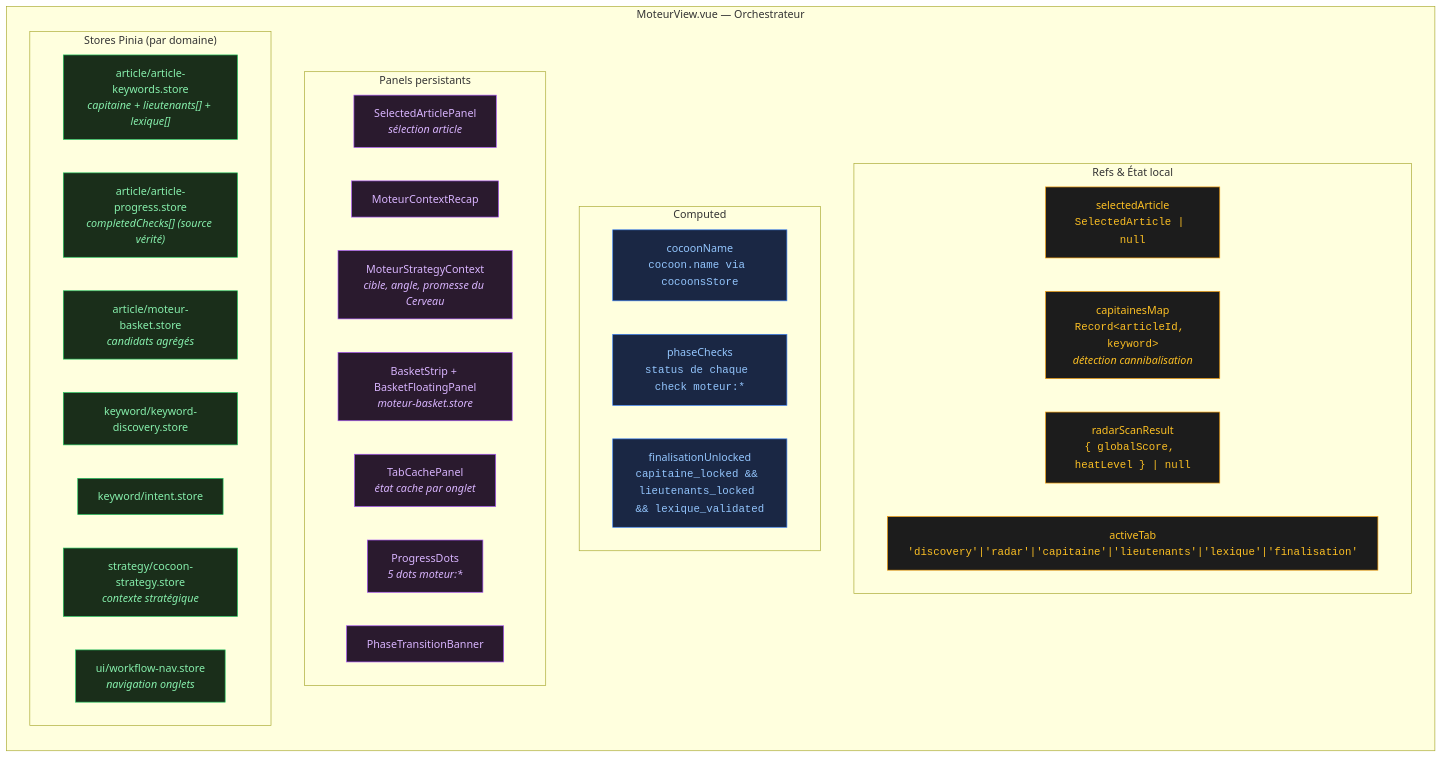
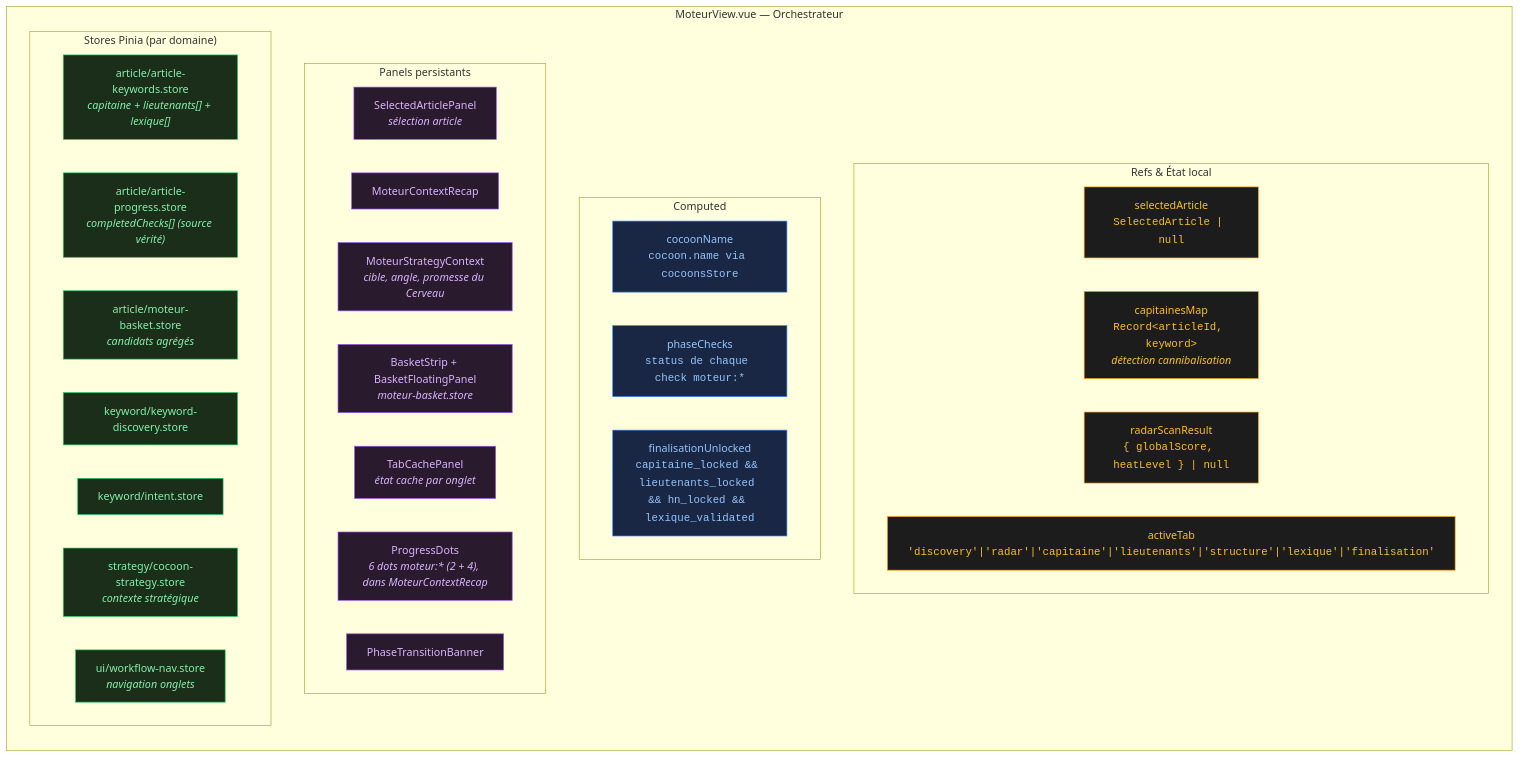
Before and after one commit to annubis-knight/Blog_Redactor_SEO: the second of 15 diagrams in docs/moteur-data-flow.md, drawn with Mermaid. The commit also changed other lines of this file and 11 other files, not shown here.

````diff
--- a/docs/moteur-data-flow.md
+++ b/docs/moteur-data-flow.md
@@ -89,44 +101,44 @@
 ```mermaid
 flowchart TB
   classDef ref fill:#1c1c1c,stroke:#f59e0b,color:#fbbf24
   classDef store fill:#1a2e1a,stroke:#22c55e,color:#86efac
   classDef computed fill:#1a2744,stroke:#3b82f6,color:#93c5fd
   classDef panel fill:#2a1a2e,stroke:#a855f7,color:#d8b4fe
 
   subgraph MOTEUR_VIEW["MoteurView.vue — Orchestrateur"]
     direction TB
 
     subgraph REFS["Refs & État local"]
       R1["selectedArticle<br/><code>SelectedArticle | null</code>"]:::ref
       R2["capitainesMap<br/><code>Record&lt;articleId, keyword&gt;</code><br/><i>détection cannibalisation</i>"]:::ref
       R3["radarScanResult<br/><code>{ globalScore, heatLevel } | null</code>"]:::ref
-      R4["activeTab<br/><code>'discovery'|'radar'|'capitaine'|'lieutenants'|'lexique'|'finalisation'</code>"]:::ref
+      R4["activeTab<br/><code>'discovery'|'radar'|'capitaine'|'lieutenants'|'structure'|'lexique'|'finalisation'</code>"]:::ref
     end
 
     subgraph COMP["Computed"]
       C1["cocoonName<br/><code>cocoon.name via cocoonsStore</code>"]:::computed
       C2["phaseChecks<br/><code>status de chaque check moteur:*</code>"]:::computed
-      C3["finalisationUnlocked<br/><code>capitaine_locked && lieutenants_locked && lexique_validated</code>"]:::computed
+      C3["finalisationUnlocked<br/><code>capitaine_locked && lieutenants_locked && hn_locked && lexique_validated</code>"]:::computed
     end
 
     subgraph PANELS["Panels persistants"]
       P1["SelectedArticlePanel<br/><i>sélection article</i>"]:::panel
       P2["MoteurContextRecap"]:::panel
       P3["MoteurStrategyContext<br/><i>cible, angle, promesse du Cerveau</i>"]:::panel
       P4["BasketStrip + BasketFloatingPanel<br/><i>moteur-basket.store</i>"]:::panel
       P5["TabCachePanel<br/><i>état cache par onglet</i>"]:::panel
-      P6["ProgressDots<br/><i>5 dots moteur:*</i>"]:::panel
+      P6["ProgressDots<br/><i>6 dots moteur:* (2 + 4), dans MoteurContextRecap</i>"]:::panel
       P7["PhaseTransitionBanner"]:::panel
     end
 
     subgraph STORES["Stores Pinia (par domaine)"]
       S1["article/article-keywords.store<br/><i>capitaine + lieutenants[] + lexique[]</i>"]:::store
       S2["article/article-progress.store<br/><i>completedChecks[] (source vérité)</i>"]:::store
       S3["article/moteur-basket.store<br/><i>candidats agrégés</i>"]:::store
       S4["keyword/keyword-discovery.store"]:::store
       S5["keyword/intent.store"]:::store
       S6["strategy/cocoon-strategy.store<br/><i>contexte stratégique</i>"]:::store
       S7["ui/workflow-nav.store<br/><i>navigation onglets</i>"]:::store
     end
   end
 ```
````
